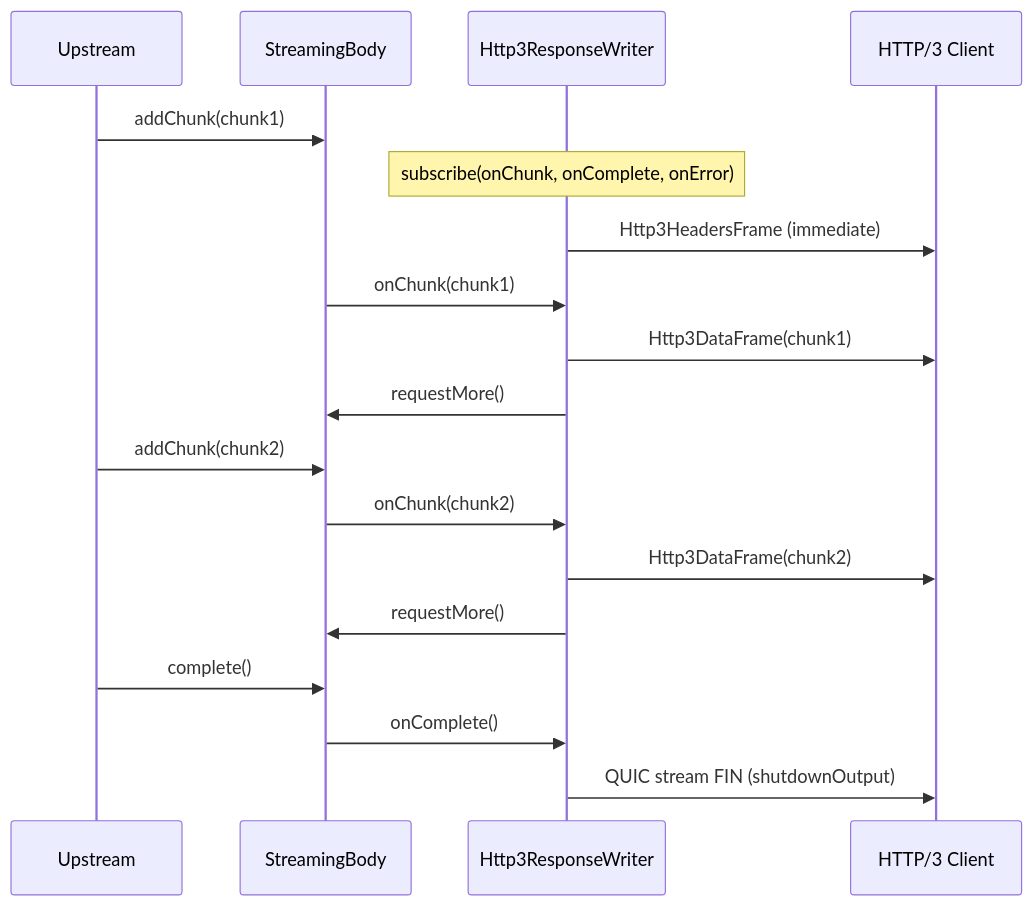
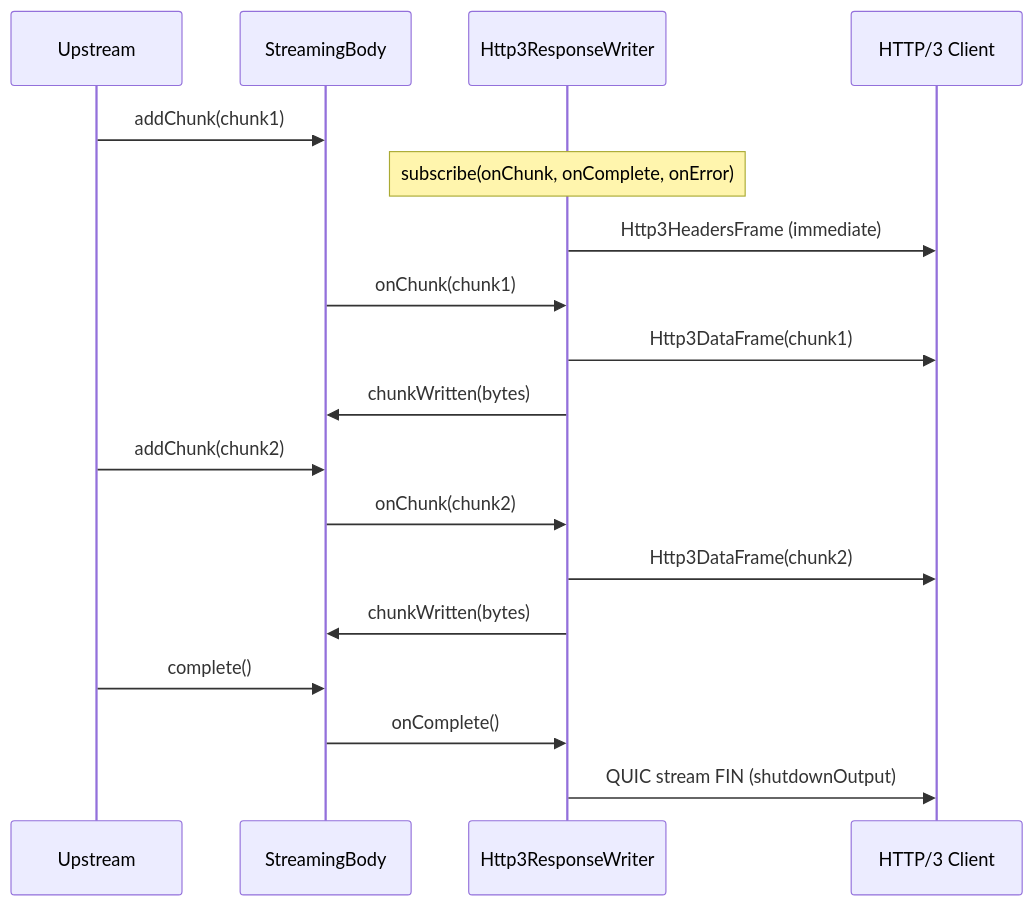
One commit to inspire12/mockserver changed the third of 4 diagrams in docs/code/http3.md. Above: the diagram before and after it, drawn with Mermaid. The commit also changed other lines of this file and 30 other files, not shown here.

````diff
--- a/docs/code/http3.md
+++ b/docs/code/http3.md
@@ -145,21 +145,21 @@
 ```mermaid
 sequenceDiagram
     participant U as Upstream
     participant SB as StreamingBody
     participant W as Http3ResponseWriter
     participant C as HTTP/3 Client
 
     U->>SB: addChunk(chunk1)
     Note over W: subscribe(onChunk, onComplete, onError)
     W->>C: Http3HeadersFrame (immediate)
     SB->>W: onChunk(chunk1)
     W->>C: Http3DataFrame(chunk1)
-    W->>SB: requestMore()
+    W->>SB: chunkWritten(bytes)
     U->>SB: addChunk(chunk2)
     SB->>W: onChunk(chunk2)
     W->>C: Http3DataFrame(chunk2)
-    W->>SB: requestMore()
+    W->>SB: chunkWritten(bytes)
     U->>SB: complete()
     SB->>W: onComplete()
     W->>C: QUIC stream FIN (shutdownOutput)
 ```
````
